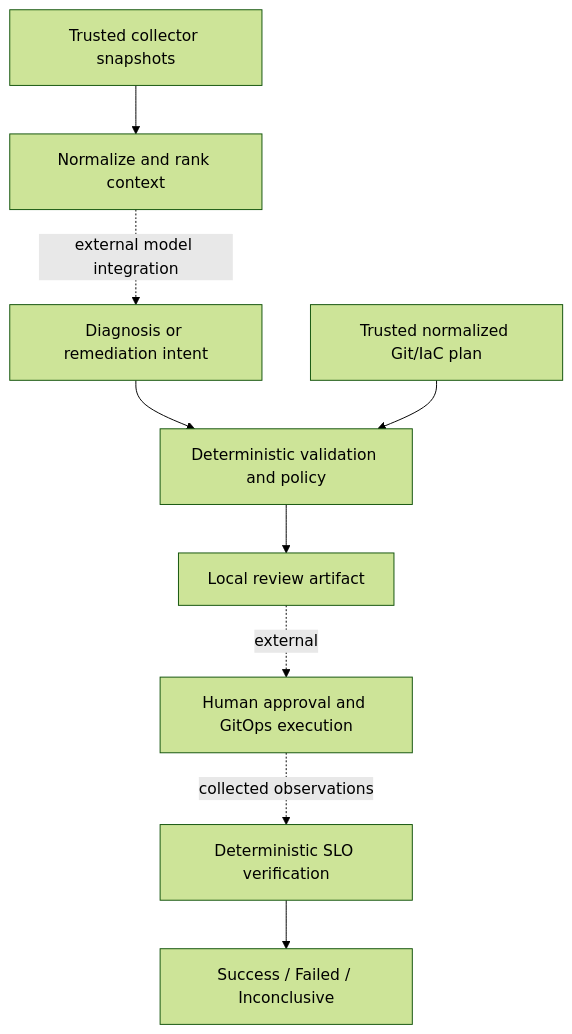
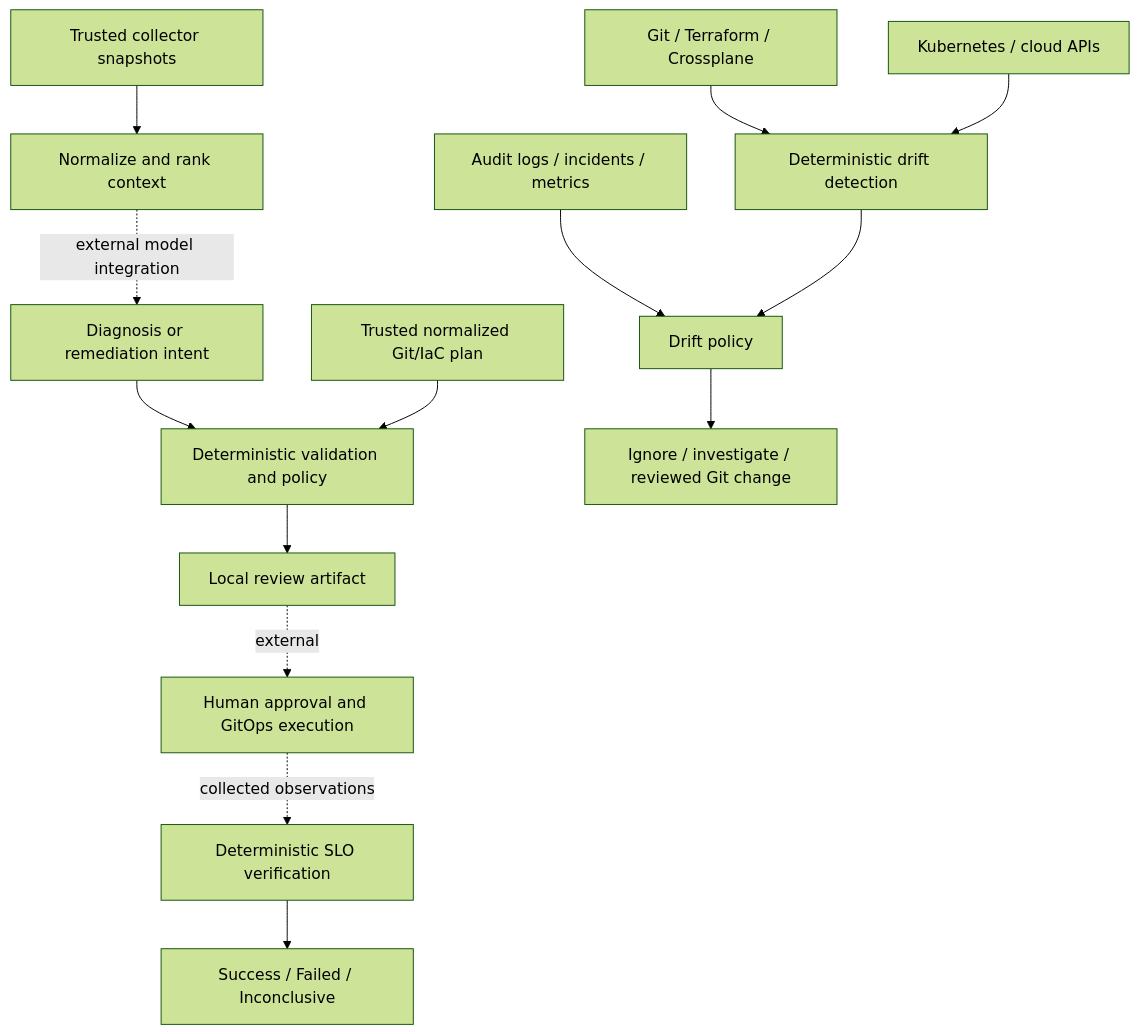
Before and after one commit to Vidon212/AI-incident-co-pilot: the diagram in docs/00-architecture-and-safety.md, drawn with Mermaid (forest theme). The commit also changed other lines of this file and 15 other files, not shown here.

Commit message:
Add provenance-aware drift intelligence

````diff
--- a/docs/00-architecture-and-safety.md
+++ b/docs/00-architecture-and-safety.md
@@ -9,11 +9,16 @@
 ```mermaid
 flowchart TD
     Evidence[Trusted collector snapshots] --> Context[Normalize and rank context]
     Context -. external model integration .-> Intent[Diagnosis or remediation intent]
     Intent --> Policy[Deterministic validation and policy]
     Plan[Trusted normalized Git/IaC plan] --> Policy
     Policy --> Review[Local review artifact]
     Review -. external .-> Approval[Human approval and GitOps execution]
     Approval -. collected observations .-> Verify[Deterministic SLO verification]
     Verify --> Result[Success / Failed / Inconclusive]
+    Desired[Git / Terraform / Crossplane] --> Drift[Deterministic drift detection]
+    Observed[Kubernetes / cloud APIs] --> Drift
+    Provenance[Audit logs / incidents / metrics] --> DriftPolicy[Drift policy]
+    Drift --> DriftPolicy
+    DriftPolicy --> DriftReview[Ignore / investigate / reviewed Git change]
 ```
````
